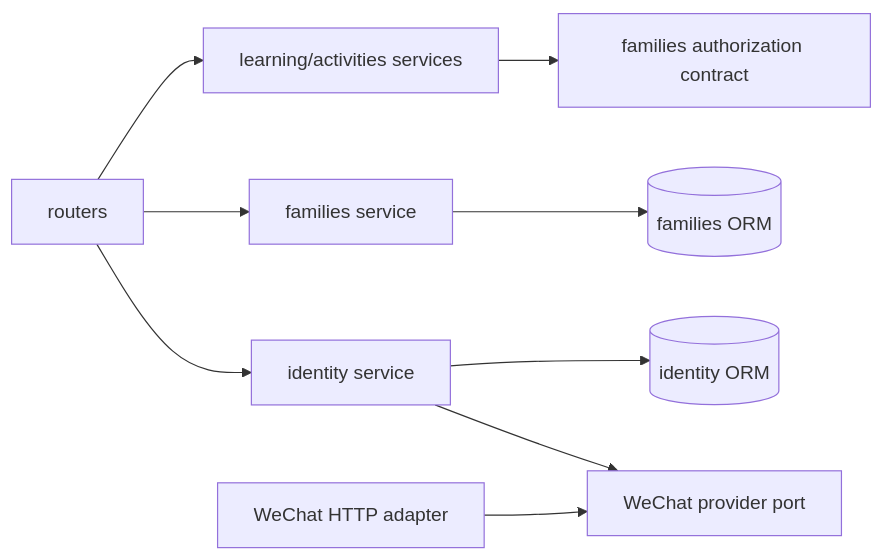
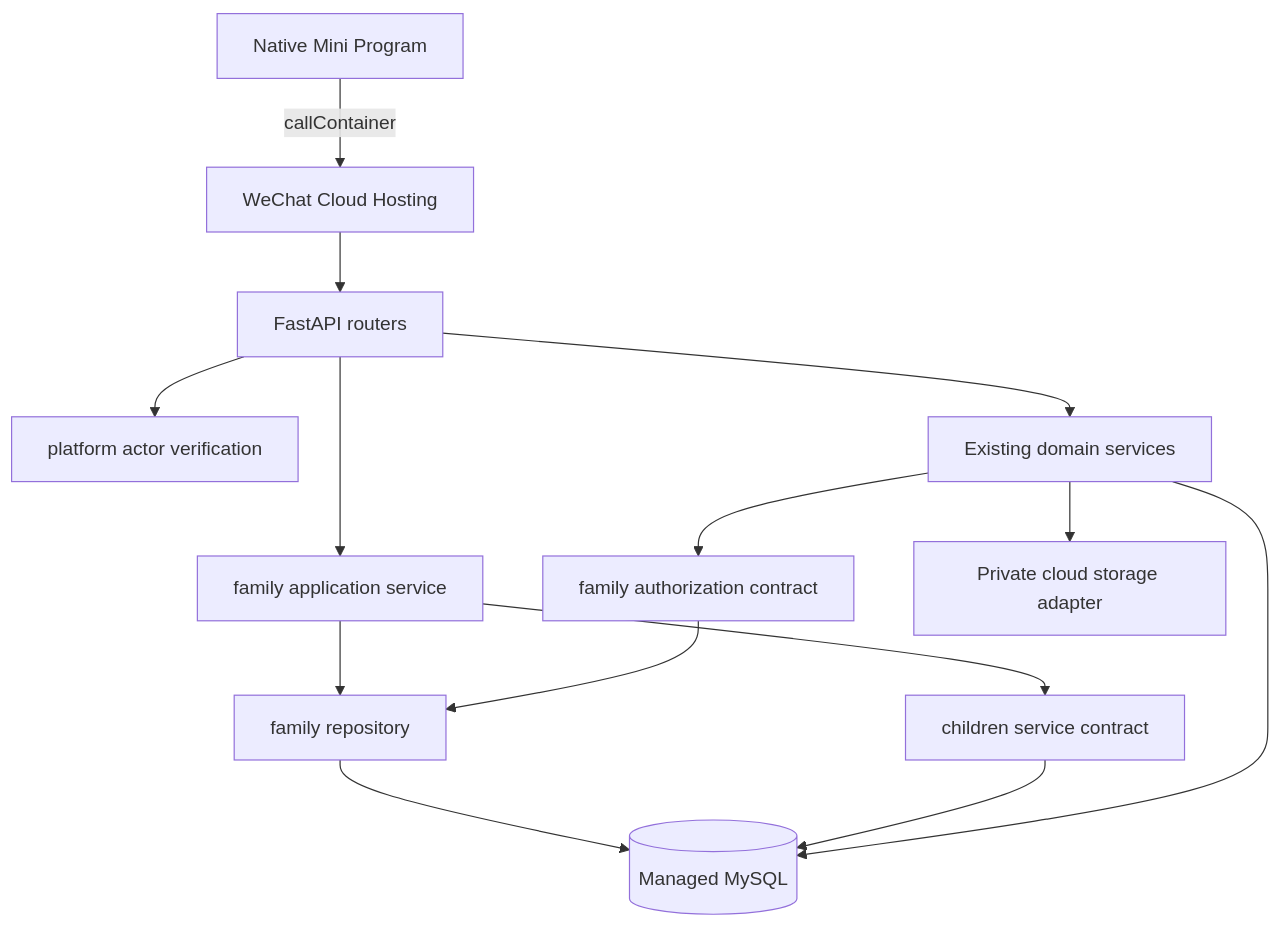
One commit to wangyu-bytedance/push_kids changed the sixth of 6 diagrams in specs/active/FEAT-002-USER-FAMILY-BINDING.md. Above: the diagram before and after it, drawn with Mermaid. The commit also changed other lines of this file and 217 other files, not shown here.

````diff
--- a/specs/active/FEAT-002-USER-FAMILY-BINDING.md
+++ b/specs/active/FEAT-002-USER-FAMILY-BINDING.md
@@ -399,11 +249,16 @@
 ```mermaid
-flowchart LR
-  ROUTER[routers] --> IDAPP[identity service]
-  ROUTER --> FAMAPP[families service]
-  ROUTER --> BIZ[learning/activities services]
-  BIZ --> AUTHZ[families authorization contract]
-  IDAPP --> WXPORT[WeChat provider port]
-  WXADAPTER[WeChat HTTP adapter] --> WXPORT
-  IDAPP --> ORM[(identity ORM)]
-  FAMAPP --> ORM2[(families ORM)]
+flowchart TB
+  MP[Native Mini Program] -->|callContainer| GW[WeChat Cloud Hosting]
+  GW --> API[FastAPI routers]
+  API --> ACT[platform actor verification]
+  API --> FAS[family application service]
+  FAS --> FP[family repository]
+  FAS --> CS[children service contract]
+  FP --> MYSQL[(Managed MySQL)]
+  CS --> MYSQL
+  API --> DOM[Existing domain services]
+  DOM --> AUTH[family authorization contract]
+  AUTH --> FP
+  DOM --> MYSQL
+  DOM --> STORE[Private cloud storage adapter]
 ```
````
